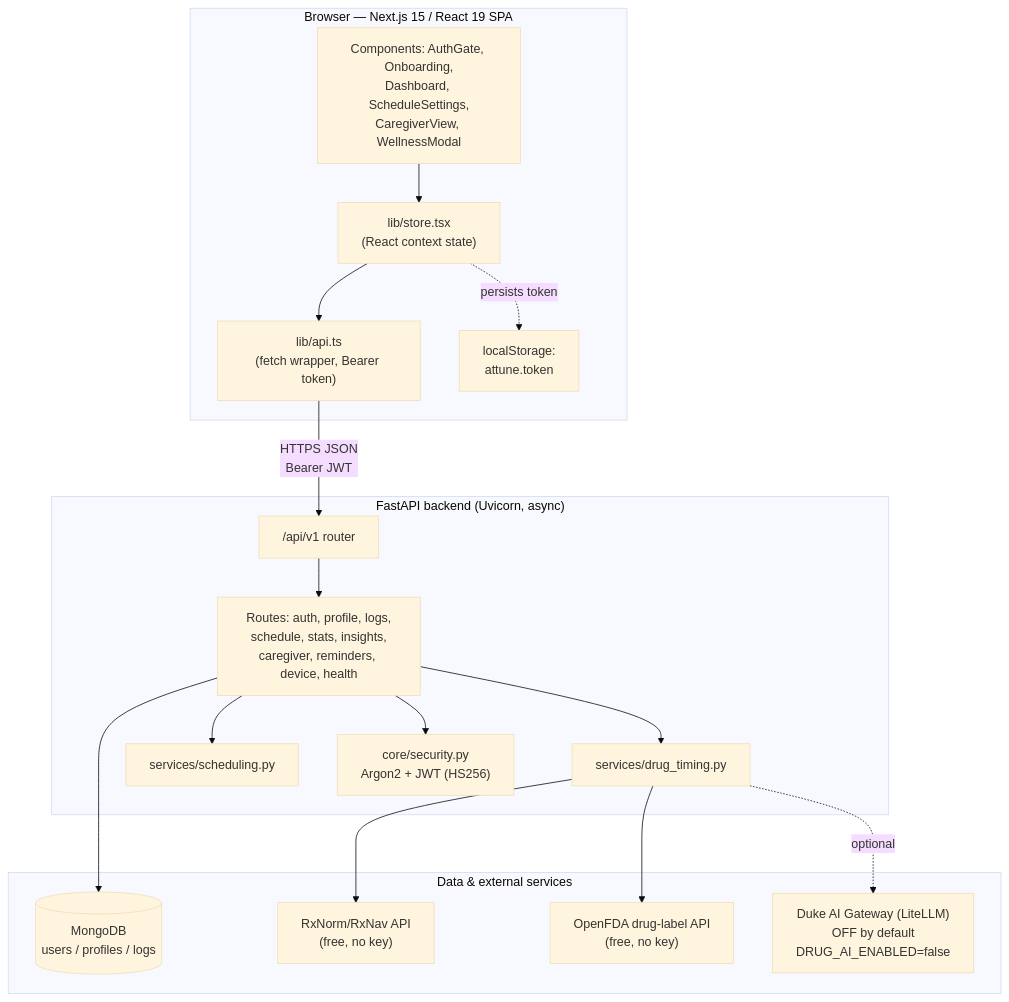
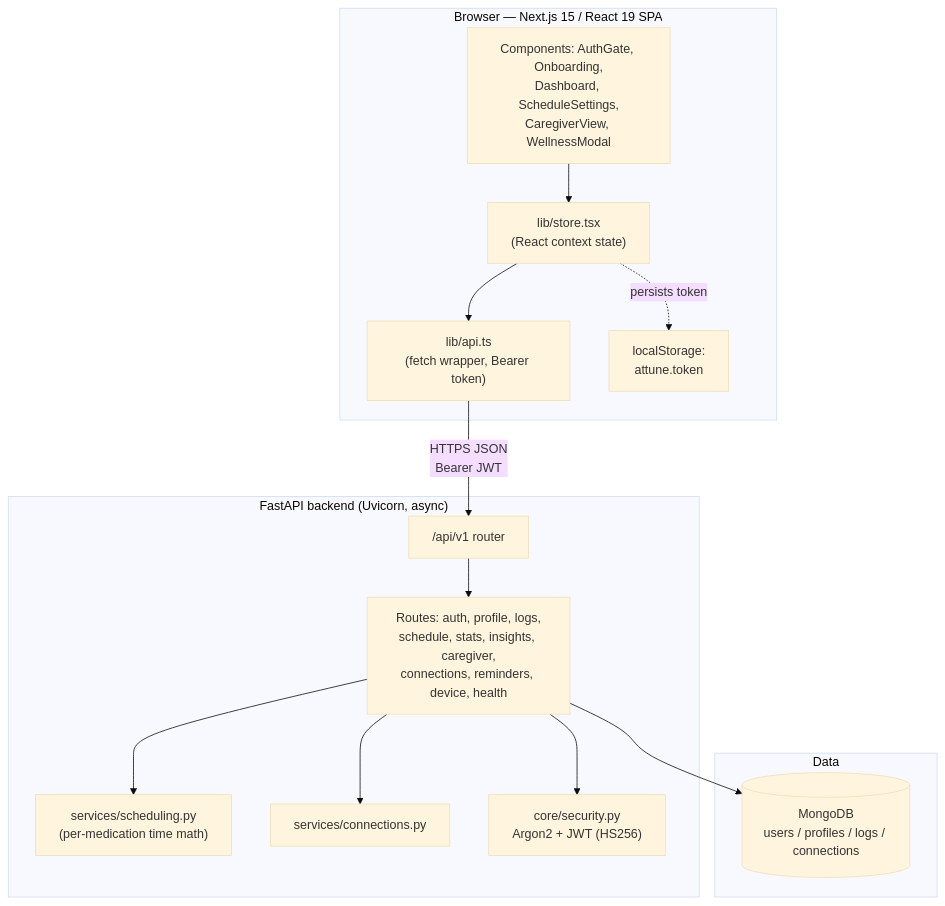
Before and after one commit to sallonico/Attune-de9bc2d9: the second of 7 diagrams in README.md, drawn with Mermaid (base theme). The commit also changed other lines of this file and 3 other files, not shown here.

First line of the commit message:
Docs: reflect multi-medication and real device; drop unbuilt AI narrative

````diff
--- a/README.md
+++ b/README.md
@@ -117,36 +117,30 @@
 ```mermaid
 flowchart TB
     subgraph Browser["Browser — Next.js 15 / React 19 SPA"]
         UI["Components: AuthGate, Onboarding,\nDashboard, ScheduleSettings,\nCaregiverView, WellnessModal"]
         Store["lib/store.tsx\n(React context state)"]
         ApiClient["lib/api.ts\n(fetch wrapper, Bearer token)"]
         UI --> Store --> ApiClient
         LS["localStorage:\nattune.token"]
         Store -. persists token .-> LS
     end
 
     subgraph Backend["FastAPI backend (Uvicorn, async)"]
         Router["/api/v1 router"]
-        Routes["Routes: auth, profile, logs,\nschedule, stats, insights,\ncaregiver, reminders, device, health"]
-        SvcTiming["services/drug_timing.py"]
-        SvcSched["services/scheduling.py"]
+        Routes["Routes: auth, profile, logs,\nschedule, stats, insights, caregiver,\nconnections, reminders, device, health"]
+        SvcSched["services/scheduling.py\n(per-medication time math)"]
+        SvcConn["services/connections.py"]
         Sec["core/security.py\nArgon2 + JWT (HS256)"]
         Router --> Routes
-        Routes --> SvcTiming
         Routes --> SvcSched
+        Routes --> SvcConn
         Routes --> Sec
     end
 
-    subgraph Data["Data & external services"]
-        Mongo[("MongoDB\nusers / profiles / logs")]
-        RxNav["RxNorm/RxNav API\n(free, no key)"]
-        OpenFDA["OpenFDA drug-label API\n(free, no key)"]
-        LLM["Duke AI Gateway (LiteLLM)\nOFF by default\nDRUG_AI_ENABLED=false"]
+    subgraph Data["Data"]
+        Mongo[("MongoDB\nusers / profiles / logs / connections")]
     end
 
     ApiClient -->|"HTTPS JSON\nBearer JWT"| Router
     Routes --> Mongo
-    SvcTiming --> RxNav
-    SvcTiming --> OpenFDA
-    SvcTiming -. optional .-> LLM
 ```
````
